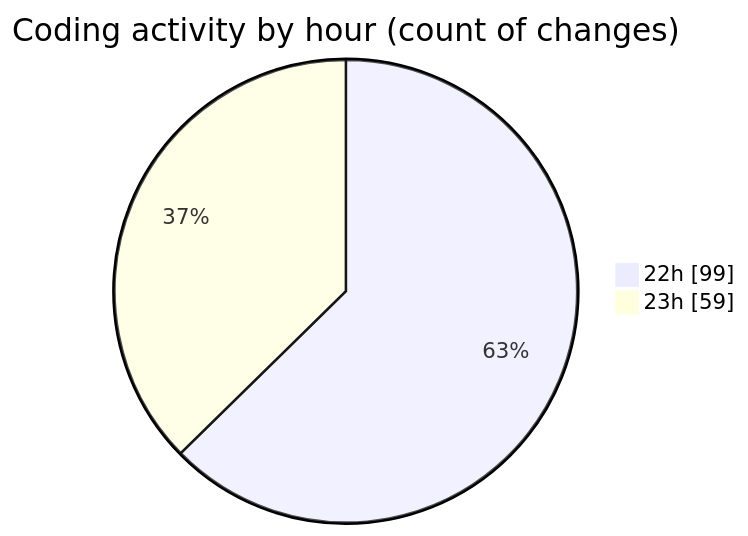
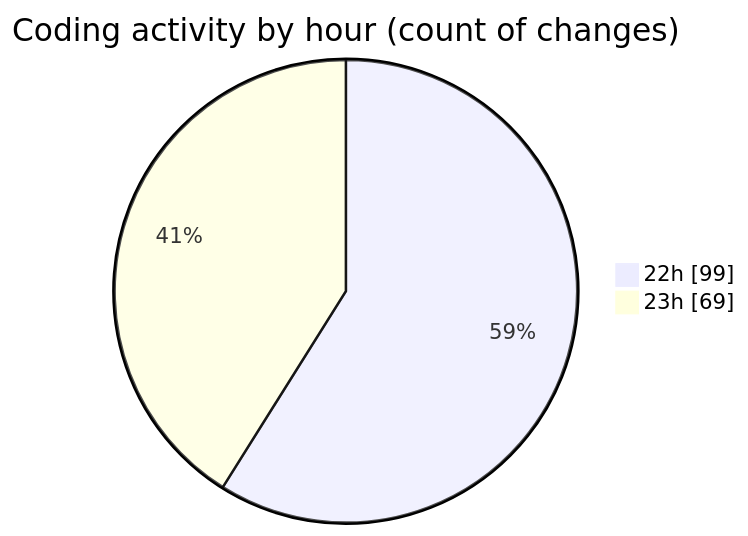
Before and after one commit to Ritupan-Deka/code-tracking: the second of 2 diagrams in 2026-01-10/dsa/README.md, drawn with Mermaid. The commit also changed other lines of this file and 1 other file, not shown here.

````diff
--- a/2026-01-10/dsa/README.md
+++ b/2026-01-10/dsa/README.md
@@ -30,6 +30,6 @@
 ```mermaid
 pie showData
 title Coding activity by hour (count of changes)
 "22h" : 99
-"23h" : 59
+"23h" : 69
 ```
````
